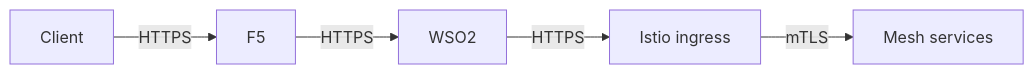
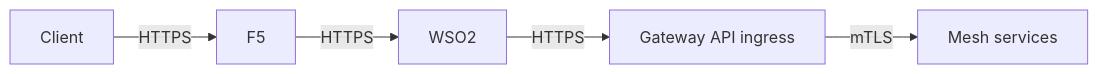
The second of 4 diagrams in gateway patterns/04-tls-termination-and-trust-models.md (zeshaq/tutorials-presentations-docs), drawn with Mermaid before and after one commit. The commit also changed other lines of this file and 10 other files, not shown here.

````diff
--- a/gateway patterns/04-tls-termination-and-trust-models.md
+++ b/gateway patterns/04-tls-termination-and-trust-models.md
@@ -26,7 +26,7 @@
 ```mermaid
 flowchart LR
     C["Client"] -->|"HTTPS"| F5["F5"]
     F5 -->|"HTTPS"| W["WSO2"]
-    W -->|"HTTPS"| I["Istio ingress"]
+    W -->|"HTTPS"| I["Gateway API ingress"]
     I -->|"mTLS"| APP["Mesh services"]
 ```
````
